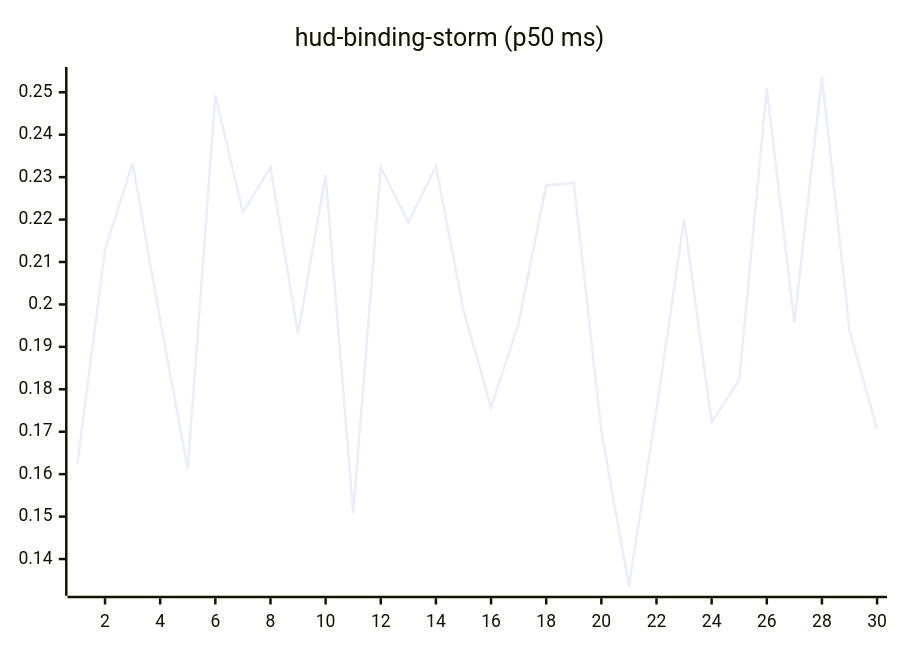
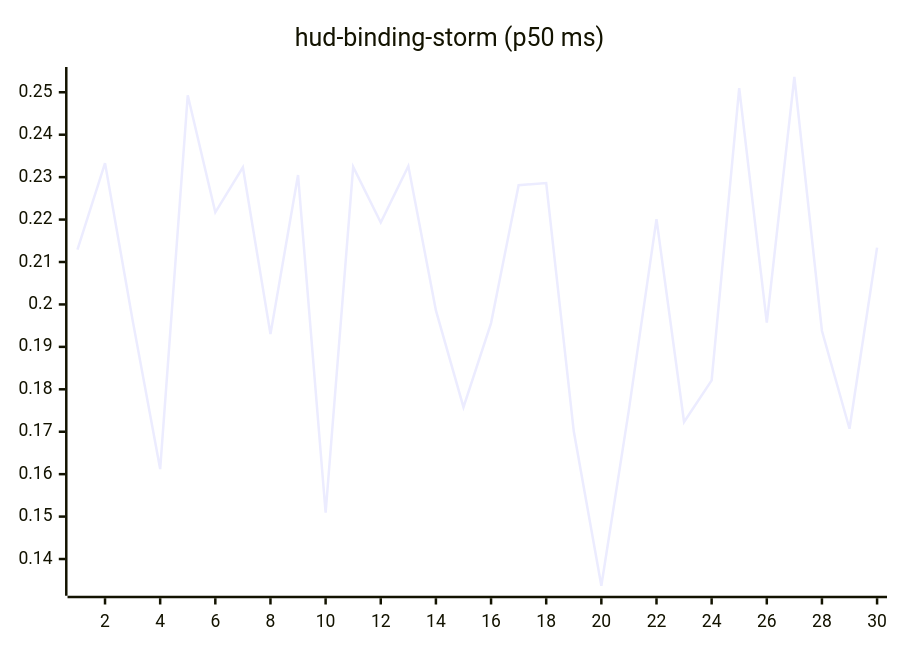
Before and after one commit to josha/Facet: the tenth of 27 diagrams in README.md, drawn with Mermaid. The commit also changed other lines of this file and 2 other files, not shown here.

````diff
--- a/README.md
+++ b/README.md
@@ -126,6 +126,6 @@
 ```mermaid
 xychart-beta
     title "hud-binding-storm (p50 ms)"
     x-axis 1 --> 30
-    line [0.1625, 0.2129, 0.2333, 0.1963, 0.1612, 0.2493, 0.2217, 0.2323, 0.1930, 0.2305, 0.1509, 0.2324, 0.2193, 0.2326, 0.1986, 0.1758, 0.1956, 0.2281, 0.2286, 0.1701, 0.1337, 0.1752, 0.2201, 0.1723, 0.1821, 0.2510, 0.1957, 0.2536, 0.1938, 0.1707]
+    line [0.2129, 0.2333, 0.1963, 0.1612, 0.2493, 0.2217, 0.2323, 0.1930, 0.2305, 0.1509, 0.2324, 0.2193, 0.2326, 0.1986, 0.1758, 0.1956, 0.2281, 0.2286, 0.1701, 0.1337, 0.1752, 0.2201, 0.1723, 0.1821, 0.2510, 0.1957, 0.2536, 0.1938, 0.1707, 0.2134]
 ```
````
